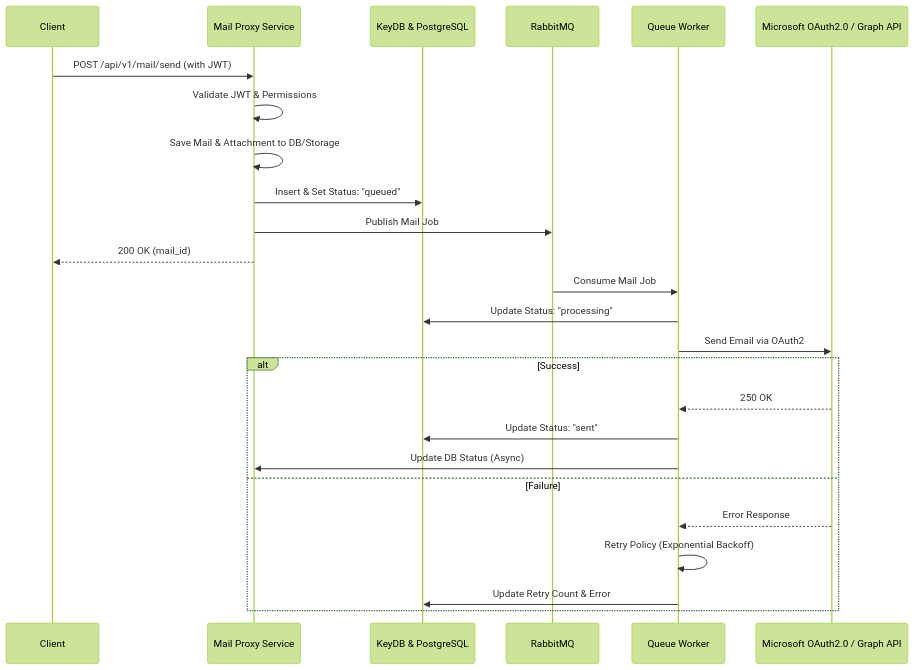
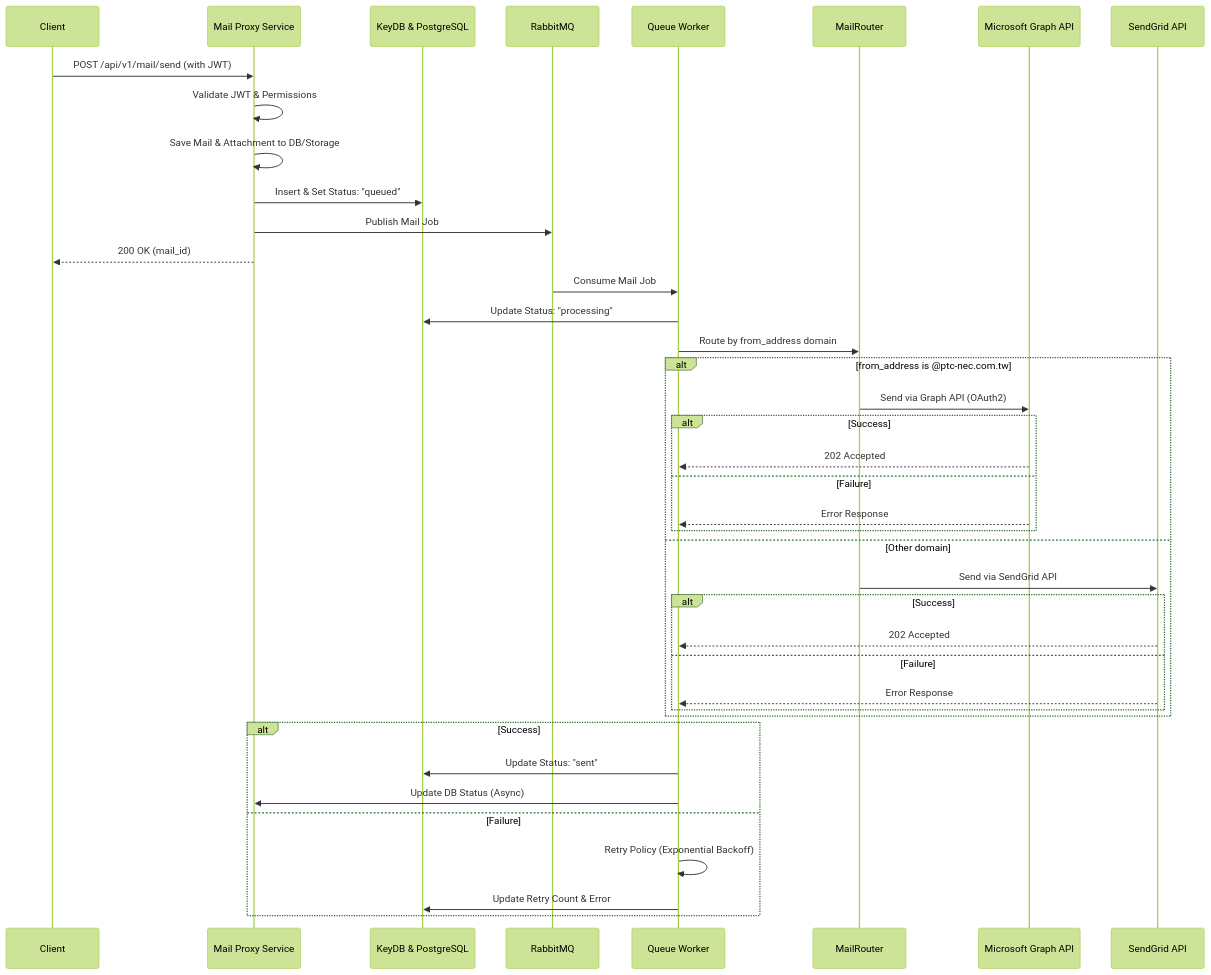
One commit to JustinHsu0320/email_proxy changed the second of 2 diagrams in .doc/API_REFERENCE.md. Above: the diagram before and after it, drawn with Mermaid (forest theme). The commit also changed other lines of this file and 25 other files, not shown here.

Commit message:
feat: new SendGrid for none ptc sender

````diff
--- a/.doc/API_REFERENCE.md
+++ b/.doc/API_REFERENCE.md
@@ -470,29 +476,46 @@
 ```mermaid
 sequenceDiagram
     participant Client
     participant API as Mail Proxy Service
     participant KeyDB as KeyDB & PostgreSQL
     participant RMQ as RabbitMQ
     participant Worker as Queue Worker
-    participant MS as Microsoft OAuth2.0 / Graph API
+    participant Router as MailRouter
+    participant MS as Microsoft Graph API
+    participant SG as SendGrid API
 
     Client->>API: POST /api/v1/mail/send (with JWT)
     API->>API: Validate JWT & Permissions
     API->>API: Save Mail & Attachment to DB/Storage
     API->>KeyDB: Insert & Set Status: "queued"
     API->>RMQ: Publish Mail Job
     API-->>Client: 200 OK (mail_id)
 
     RMQ->>Worker: Consume Mail Job
     Worker->>KeyDB: Update Status: "processing"
-    Worker->>MS: Send Email via OAuth2
+    Worker->>Router: Route by from_address domain
+    
+    alt from_address is @ptc-nec.com.tw
+        Router->>MS: Send via Graph API (OAuth2)
+        alt Success
+            MS-->>Worker: 202 Accepted
+        else Failure
+            MS-->>Worker: Error Response
+        end
+    else Other domain
+        Router->>SG: Send via SendGrid API
+        alt Success
+            SG-->>Worker: 202 Accepted
+        else Failure
+            SG-->>Worker: Error Response
+        end
+    end
+    
     alt Success
-        MS-->>Worker: 250 OK
         Worker->>KeyDB: Update Status: "sent"
         Worker->>API: Update DB Status (Async)
     else Failure
-        MS-->>Worker: Error Response
         Worker->>Worker: Retry Policy (Exponential Backoff)
         Worker->>KeyDB: Update Retry Count & Error
     end
 ```
````
